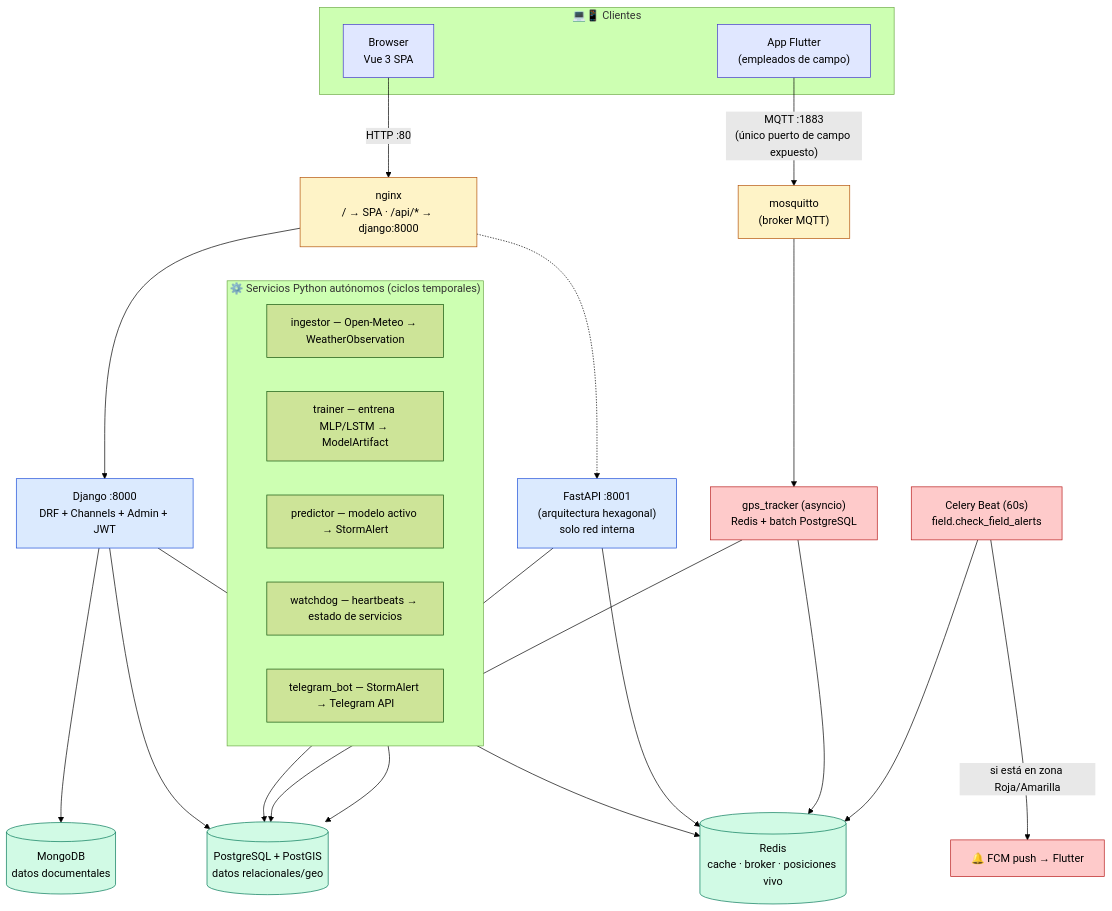
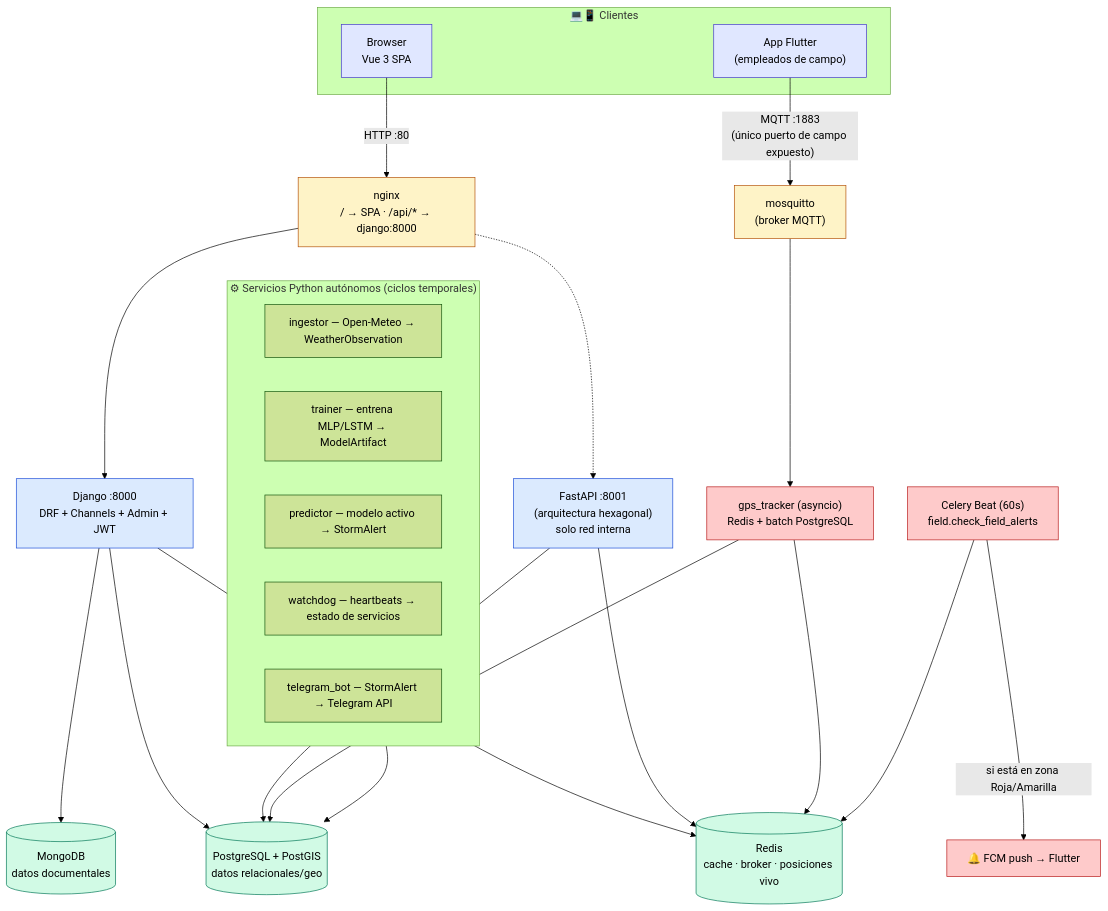
One commit to csotelo/cimbra changed the second of 16 diagrams in README.md. Above: the diagram before and after it, drawn with Mermaid (forest theme). The commit also changed other lines of this file, not shown here.

First line of the commit message:
fix: eliminar emojis compuestos (keycap/variation-selector) que rompían el render de Mermaid en GitHub

````diff
--- a/README.md
+++ b/README.md
@@ -64,45 +64,45 @@
 ```mermaid
 flowchart TB
     subgraph CLIENTES["💻📱 Clientes"]
         BROWSER["Browser<br/>Vue 3 SPA"]
         FLUTTER["App Flutter<br/>(empleados de campo)"]
     end
 
     BROWSER -->|"HTTP :80"| NGINX["nginx<br/>/ → SPA · /api/* → django:8000"]
     FLUTTER -->|"MQTT :1883<br/>(único puerto de campo expuesto)"| MOSQ["mosquitto<br/>(broker MQTT)"]
 
     NGINX --> DJANGO["Django :8000<br/>DRF + Channels + Admin + JWT"]
     NGINX -.-> FASTAPI["FastAPI :8001<br/>(arquitectura hexagonal)<br/>solo red interna"]
     MOSQ --> GPST["gps_tracker (asyncio)<br/>Redis + batch PostgreSQL"]
 
     DJANGO --> PG[("PostgreSQL + PostGIS<br/>datos relacionales/geo")]
     DJANGO --> REDIS[("Redis<br/>cache · broker · posiciones vivo")]
     DJANGO --> MONGO[("MongoDB<br/>datos documentales")]
     FASTAPI --> PG
     FASTAPI --> REDIS
     GPST --> REDIS
     GPST --> PG
 
     CELERY["Celery Beat (60s)<br/>field.check_field_alerts"] --> REDIS
     CELERY -->|"si está en zona Roja/Amarilla"| FCMOUT["🔔 FCM push → Flutter"]
 
-    subgraph WORKERS["⚙️ Servicios Python autónomos (ciclos temporales)"]
+    subgraph WORKERS["⚙ Servicios Python autónomos (ciclos temporales)"]
         ING2["ingestor — Open-Meteo → WeatherObservation"]
         TRAIN2["trainer — entrena MLP/LSTM → ModelArtifact"]
         PRED2["predictor — modelo activo → StormAlert"]
         WATCH["watchdog — heartbeats → estado de servicios"]
         TGBOT["telegram_bot — StormAlert → Telegram API"]
     end
     WORKERS --> PG
 
     classDef cliente fill:#e0e7ff,stroke:#4338ca,color:#000
     classDef gateway fill:#fef3c7,stroke:#b45309,color:#000
     classDef app fill:#dbeafe,stroke:#1d4ed8,color:#000
     classDef datos fill:#d1fae5,stroke:#047857,color:#000
     classDef campo fill:#fecaca,stroke:#b91c1c,color:#000
     class BROWSER,FLUTTER cliente
     class NGINX,MOSQ gateway
     class DJANGO,FASTAPI app
     class PG,REDIS,MONGO datos
     class GPST,CELERY,FCMOUT campo
 ```
````
